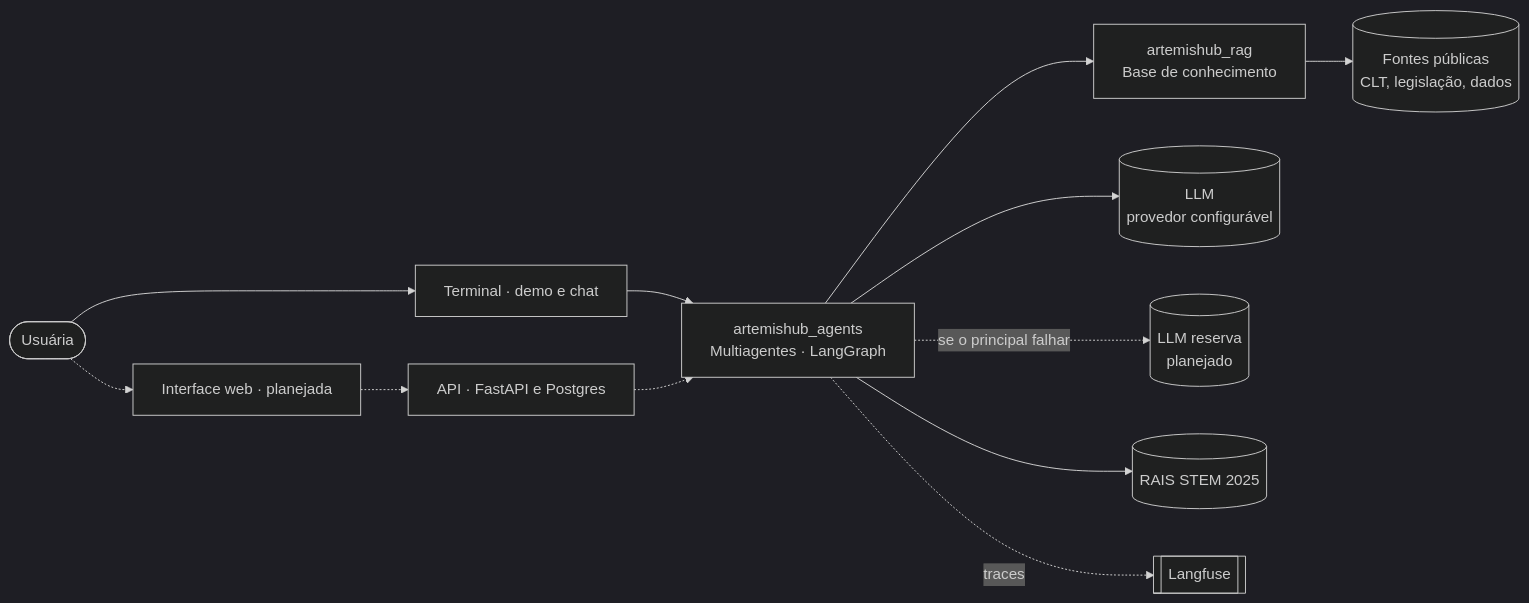
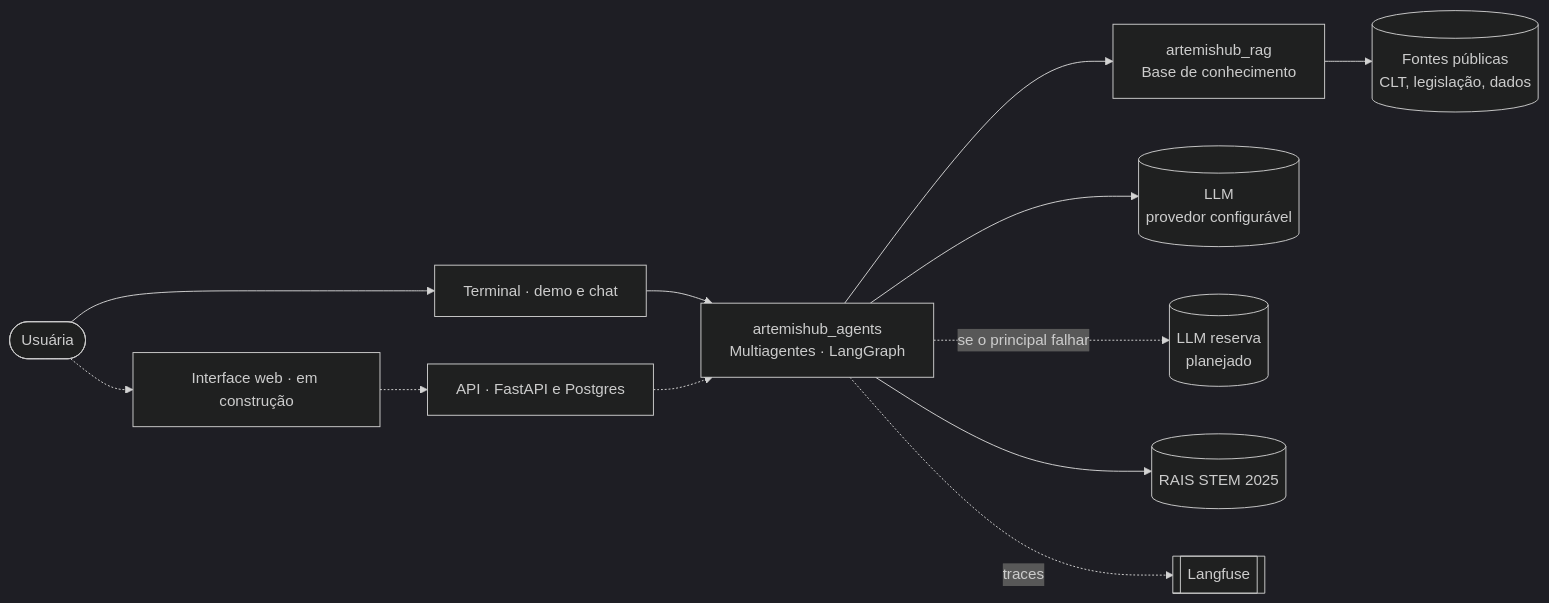
The diagram in docs/arquitetura/index.md (ArtemisHubApp/artemishub_docs), drawn with Mermaid (dark theme) before and after one commit. The commit also changed other lines of this file and 3 other files, not shown here.

````diff
--- a/docs/arquitetura/index.md
+++ b/docs/arquitetura/index.md
@@ -14,14 +14,14 @@
 ```mermaid
 flowchart LR
     U([Usuária]) --> CLI[Terminal · demo e chat]
     CLI --> AG[artemishub_agents<br/>Multiagentes · LangGraph]
-    U -.-> FE[Interface web · planejada]
+    U -.-> FE[Interface web · em construção]
     FE -.-> BE[API · FastAPI e Postgres]
     BE -.-> AG
     AG --> RAG[artemishub_rag<br/>Base de conhecimento]
     AG --> LLM[(LLM<br/>provedor configurável)]
     AG -. se o principal falhar .-> RES[(LLM reserva<br/>planejado)]
     AG --> RAIS[(RAIS STEM 2025)]
     AG -. traces .-> LF[[Langfuse]]
     RAG --> SRC[(Fontes públicas<br/>CLT, legislação, dados)]
 ```
````
